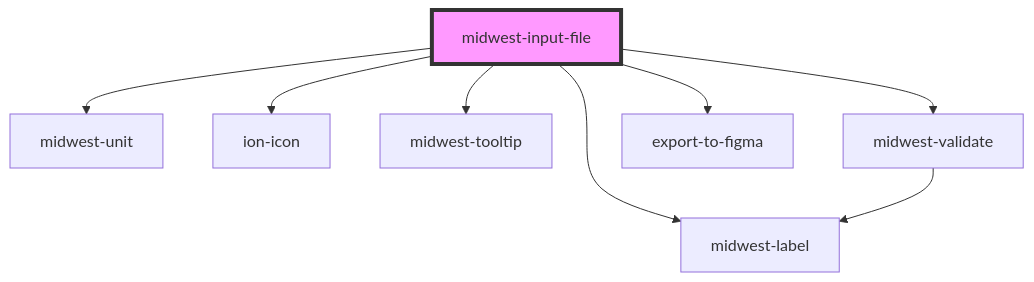
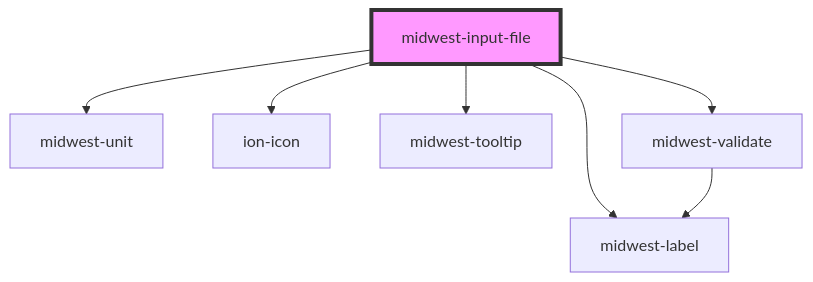
The diagram in packages/forms/docs/components/input-file/readme.md (splitinfinities/Midwest), drawn with Mermaid before and after one commit. The commit also changed other lines of this file and 48 other files, not shown here.

````diff
--- a/packages/forms/docs/components/input-file/readme.md
+++ b/packages/forms/docs/components/input-file/readme.md
@@ -70,11 +69,10 @@
 ```mermaid
 graph TD;
   midwest-input-file --> midwest-unit
   midwest-input-file --> ion-icon
   midwest-input-file --> midwest-label
   midwest-input-file --> midwest-tooltip
   midwest-input-file --> midwest-validate
-  midwest-input-file --> export-to-figma
   midwest-validate --> midwest-label
   style midwest-input-file fill:#f9f,stroke:#333,stroke-width:4px
 ```
````
